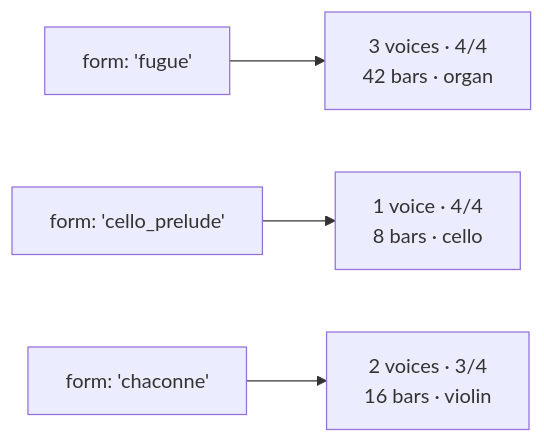
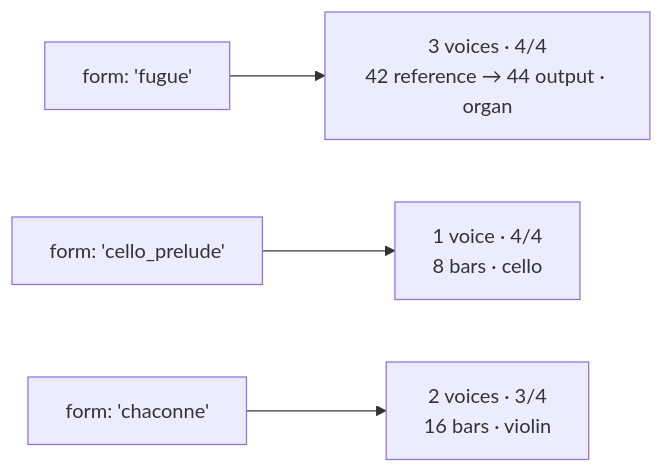
Before and after one commit to libraz/midi-sketch-bach-homepage: the second of 2 diagrams in src/docs/option-relationships.md, drawn with Mermaid. The commit also changed other lines of this file and 43 other files, not shown here.

````diff
--- a/src/docs/option-relationships.md
+++ b/src/docs/option-relationships.md
@@ -36,6 +38,6 @@
 ```mermaid
 graph LR
-    A["form: 'fugue'"] --> B["3 voices · 4/4<br>42 bars · organ"]
+    A["form: 'fugue'"] --> B["3 voices · 4/4<br>42 reference → 44 output · organ"]
     C["form: 'cello_prelude'"] --> D["1 voice · 4/4<br>8 bars · cello"]
     E["form: 'chaconne'"] --> F["2 voices · 3/4<br>16 bars · violin"]
 ```
````
